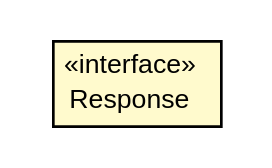
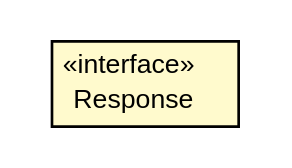
The diagram in javadoc/apidocs/org/turbogwt/net/http/client/Response.dot (growbit/turbogwt-http), drawn with Graphviz before and after one commit. The commit also changed 463 other files, not shown here.

```diff
--- a/javadoc/apidocs/org/turbogwt/net/http/client/Response.dot
+++ b/javadoc/apidocs/org/turbogwt/net/http/client/Response.dot
@@ -1,20 +1,20 @@
 #!/usr/local/bin/dot
 #
 # Class diagram 
 # Generated by UMLGraph version R5_6-24-gf6e263 (http://www.umlgraph.org/)
 #
 
 digraph G {
-	edge [fontname="arial",fontsize=10,labelfontname="arial",labelfontsize=10];
-	node [fontname="arial",fontsize=10,shape=plaintext];
+	edge [fontname="Helvetica",fontsize=10,labelfontname="Helvetica",labelfontsize=10];
+	node [fontname="Helvetica",fontsize=10,shape=plaintext];
 	nodesep=0.25;
 	ranksep=0.5;
 	rankdir=LR;
 	// org.turbogwt.net.http.client.Response
-	c3124 [label=<<table title="org.turbogwt.net.http.client.Response" border="0" cellborder="1" cellspacing="0" cellpadding="2" port="p" bgcolor="lemonChiffon" href="./Response.html">
+	c4016 [label=<<table title="org.turbogwt.net.http.client.Response" border="0" cellborder="1" cellspacing="0" cellpadding="2" port="p" bgcolor="lemonChiffon" href="./Response.html">
 		<tr><td><table border="0" cellspacing="0" cellpadding="1">
 <tr><td align="center" balign="center"> &#171;interface&#187; </td></tr>
 <tr><td align="center" balign="center"> Response </td></tr>
 		</table></td></tr>
-		</table>>, URL="./Response.html", fontname="arial", fontcolor="black", fontsize=10.0];
+		</table>>, URL="./Response.html", fontname="Helvetica", fontcolor="black", fontsize=10.0];
 }
```
